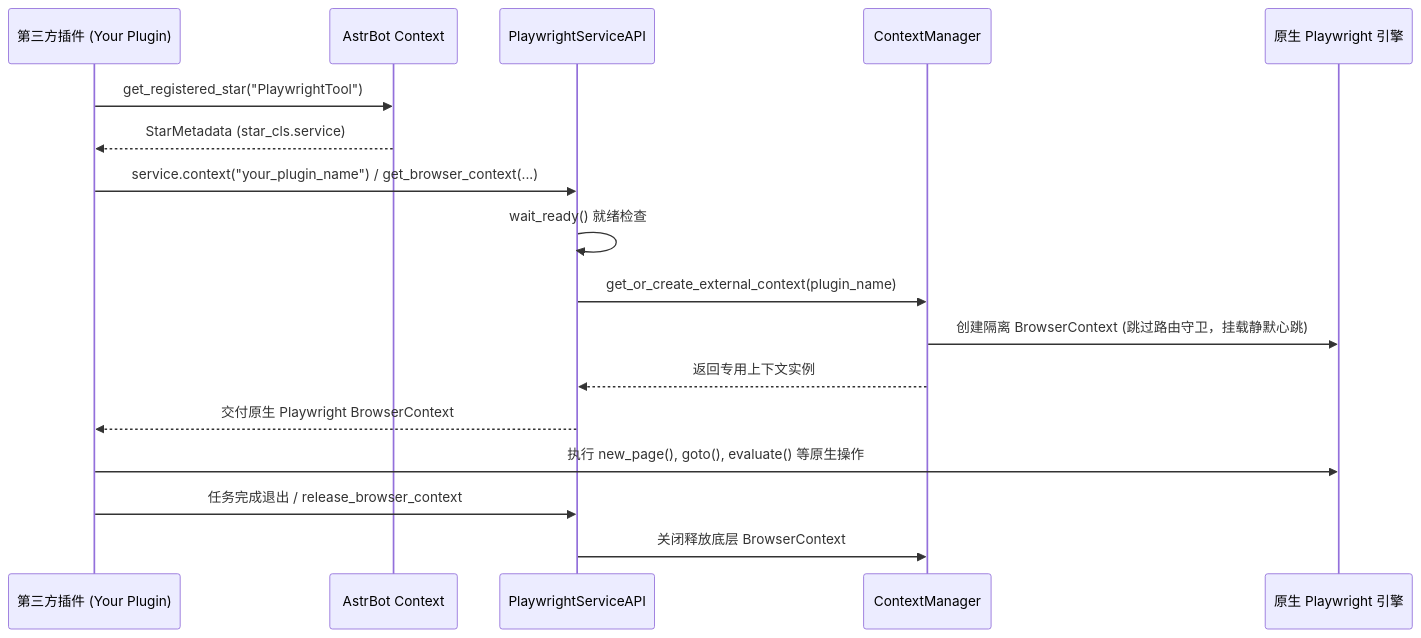
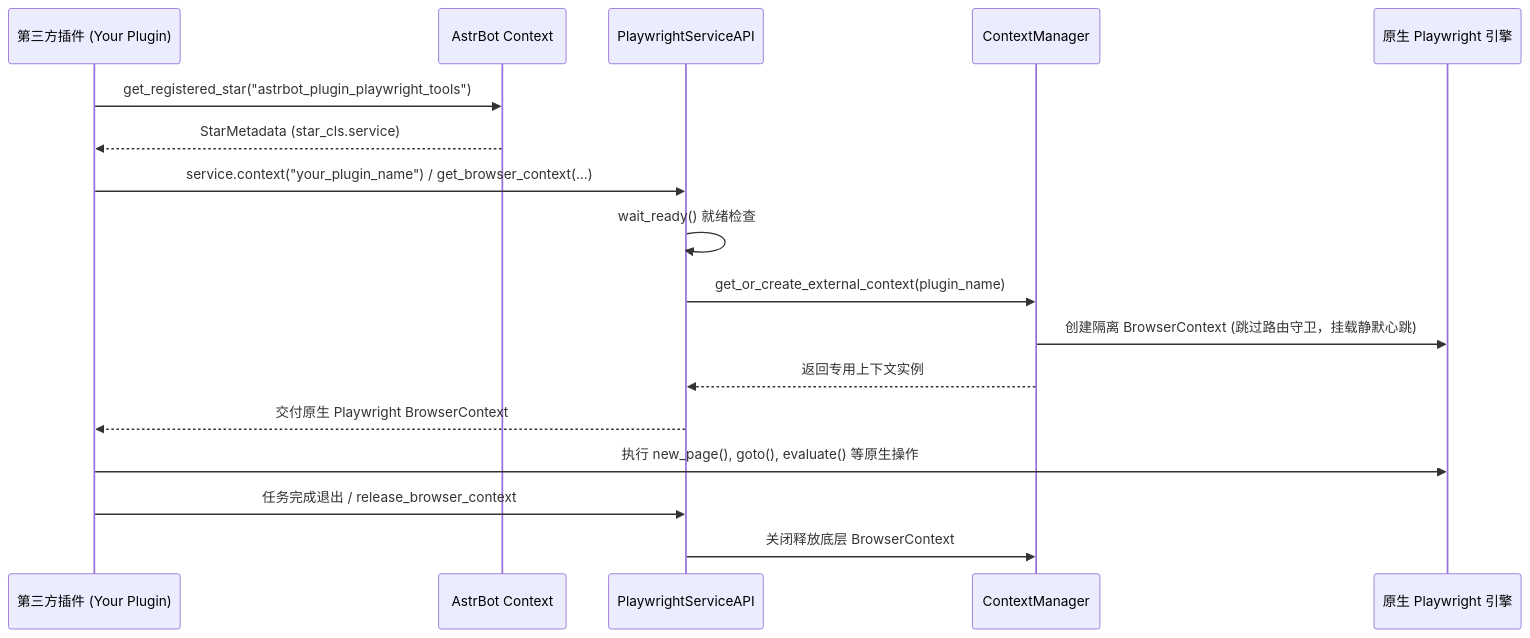
The diagram in docs/EXTERNAL_API.md (SmileYik/astrbot_plugin_playwright_tools), drawn with Mermaid before and after one commit. The commit also changed other lines of this file and 16 other files, not shown here.

Commit message:
fix(logging, docs): enforce astrbot.api logger only, correct plugin id in service_api docs, update AGENT.md

````diff
--- a/docs/EXTERNAL_API.md
+++ b/docs/EXTERNAL_API.md
@@ -12,20 +12,20 @@
 ```mermaid
 sequenceDiagram
     participant TP as 第三方插件 (Your Plugin)
     participant AC as AstrBot Context
     participant PS as PlaywrightServiceAPI
     participant CM as ContextManager
     participant PW as 原生 Playwright 引擎
 
-    TP->>AC: get_registered_star("PlaywrightTool")
+    TP->>AC: get_registered_star("astrbot_plugin_playwright_tools")
     AC-->>TP: StarMetadata (star_cls.service)
     TP->>PS: service.context("your_plugin_name") / get_browser_context(...)
     PS->>PS: wait_ready() 就绪检查
     PS->>CM: get_or_create_external_context(plugin_name)
     CM->>PW: 创建隔离 BrowserContext (跳过路由守卫，挂载静默心跳)
     CM-->>PS: 返回专用上下文实例
     PS-->>TP: 交付原生 Playwright BrowserContext
     TP->>PW: 执行 new_page(), goto(), evaluate() 等原生操作
     TP->>PS: 任务完成退出 / release_browser_context
     PS->>CM: 关闭释放底层 BrowserContext
 ```
````
